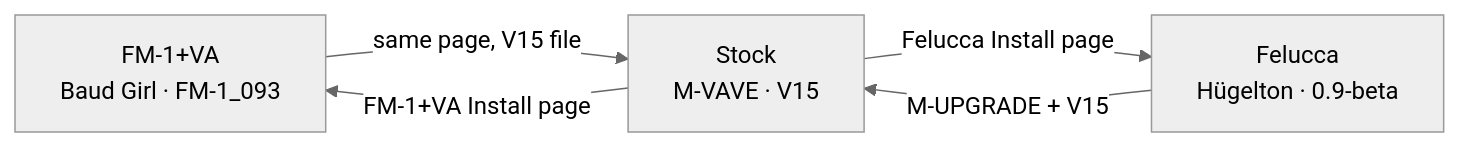
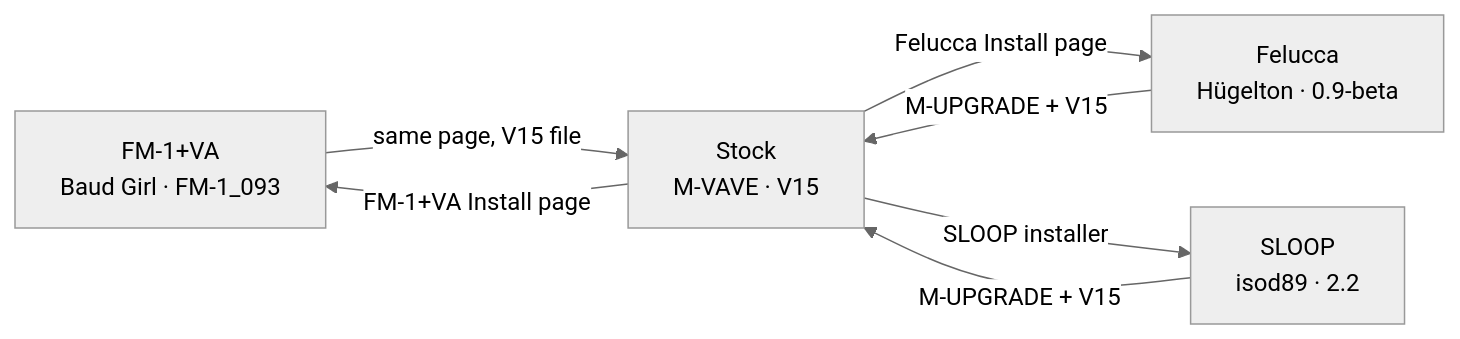
Before and after one commit to benny-sparra/fm1-dx7-patch-importer: the diagram in docs/switching-firmware.md, drawn with Mermaid (neutral theme). The commit also changed other lines of this file and 17 other files, not shown here.

````diff
--- a/docs/switching-firmware.md
+++ b/docs/switching-firmware.md
@@ -11,10 +13,13 @@
 ```mermaid
 flowchart LR
   VA["FM-1+VA<br/>Baud Girl · FM-1_093"]
   Stock["Stock<br/>M-VAVE · V15"]
   Felucca["Felucca<br/>Hügelton · 0.9-beta"]
+  Sloop["SLOOP<br/>isod89 · 2.2"]
   Stock -- "FM-1+VA Install page" --> VA
   VA -- "same page, V15 file" --> Stock
   Stock -- "Felucca Install page" --> Felucca
   Felucca -- "M-UPGRADE + V15" --> Stock
+  Stock -- "SLOOP installer" --> Sloop
+  Sloop -- "M-UPGRADE + V15" --> Stock
 ```
````
